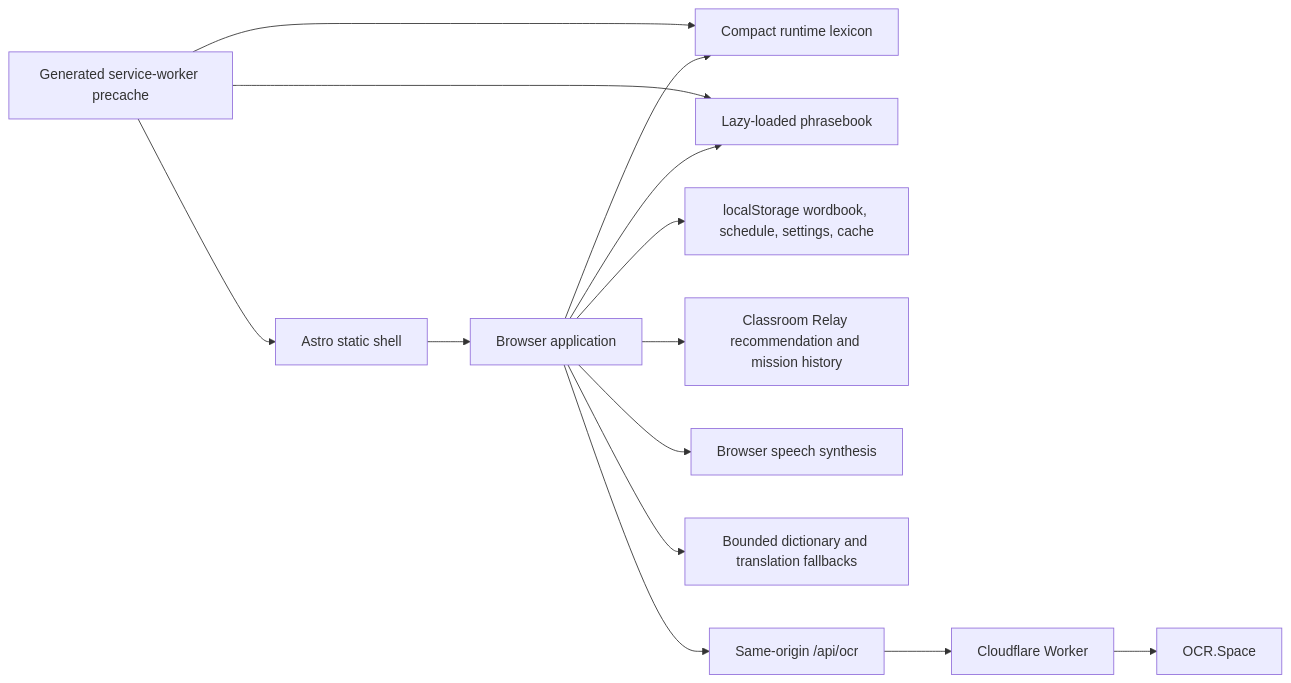
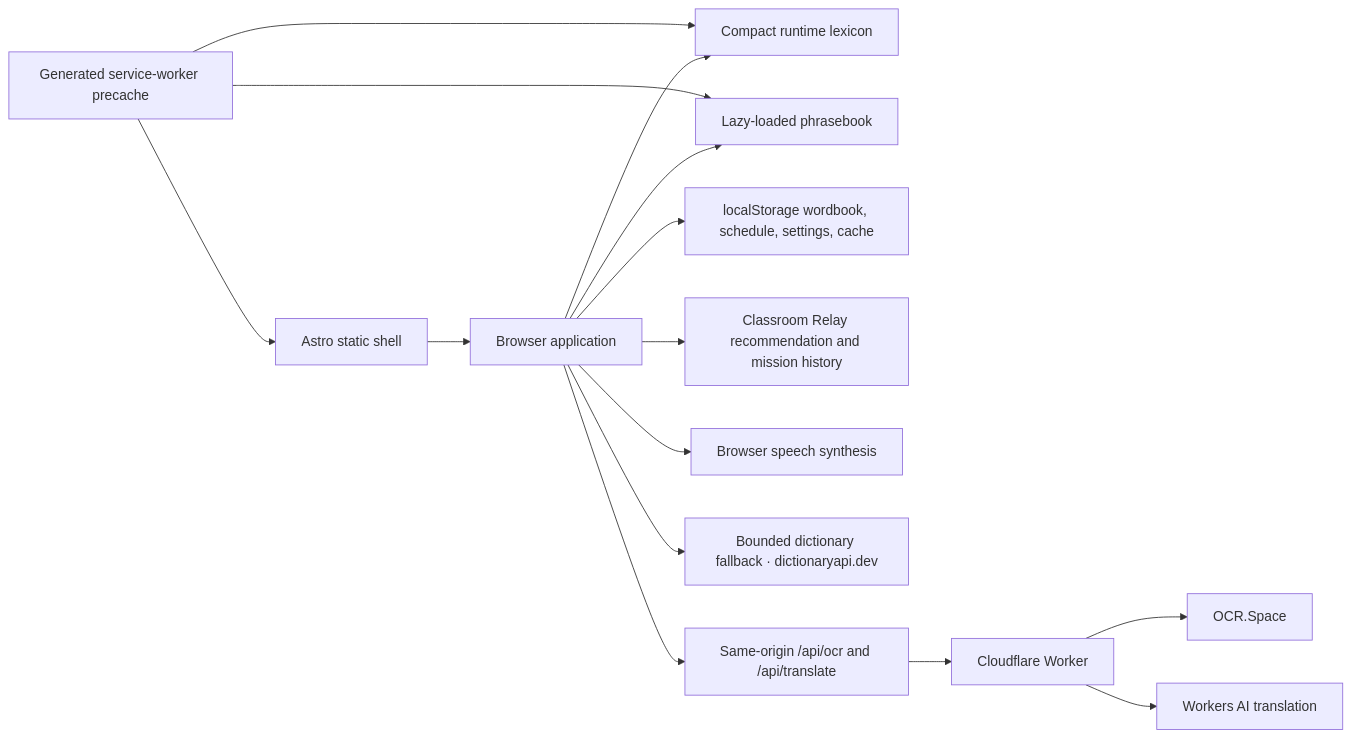
One commit to VeteranXYZ/LuciaDictionary changed the diagram in README.md. Above: the diagram before and after it, drawn with Mermaid. The commit also changed other lines of this file and 68 other files, not shown here.

````diff
--- a/README.md
+++ b/README.md
@@ -46,16 +35,17 @@
 ```mermaid
 flowchart LR
   A["Astro static shell"] --> B["Browser application"]
   B --> C["Compact runtime lexicon"]
   B --> D["Lazy-loaded phrasebook"]
   B --> E["localStorage wordbook, schedule, settings, cache"]
   B --> L["Classroom Relay recommendation and mission history"]
   B --> F["Browser speech synthesis"]
-  B --> G["Bounded dictionary and translation fallbacks"]
-  B --> H["Same-origin /api/ocr"]
+  B --> G["Bounded dictionary fallback · dictionaryapi.dev"]
+  B --> H["Same-origin /api/ocr and /api/translate"]
   H --> I["Cloudflare Worker"]
   I --> J["OCR.Space"]
+  I --> M["Workers AI translation"]
   K["Generated service-worker precache"] --> A
   K --> C
   K --> D
 ```
````
